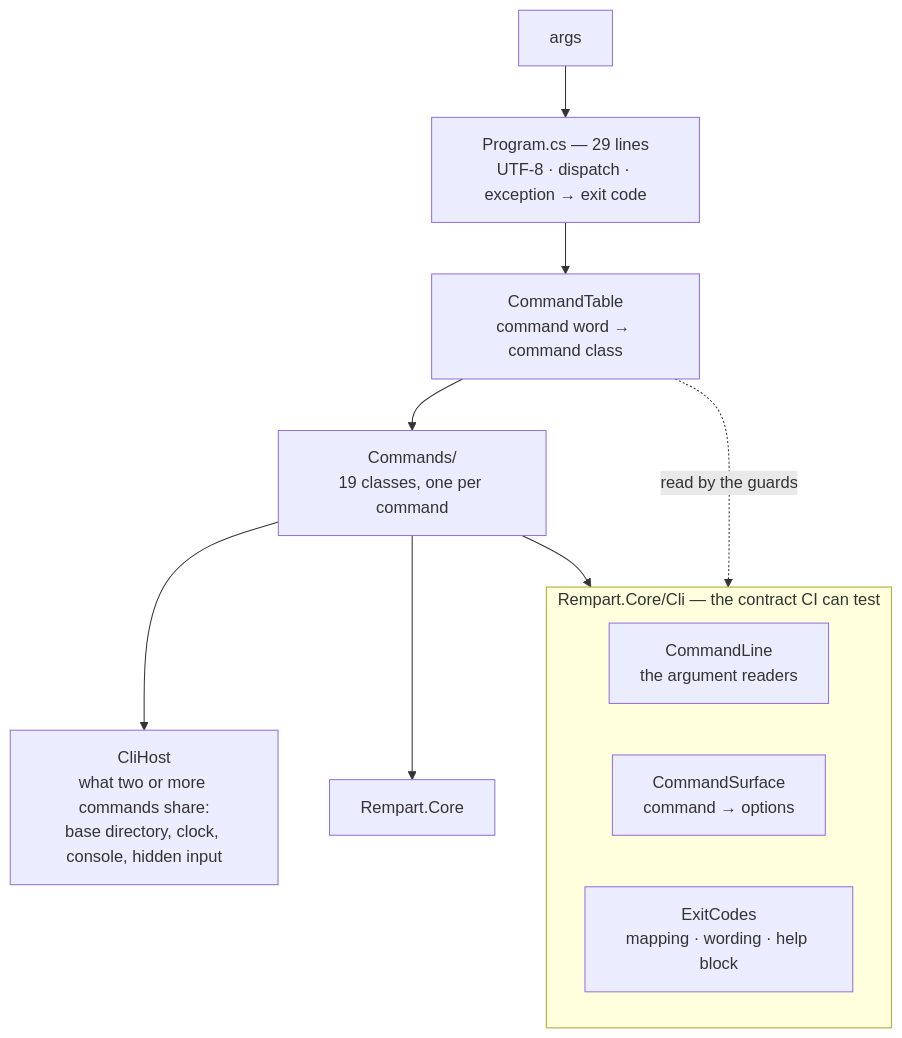
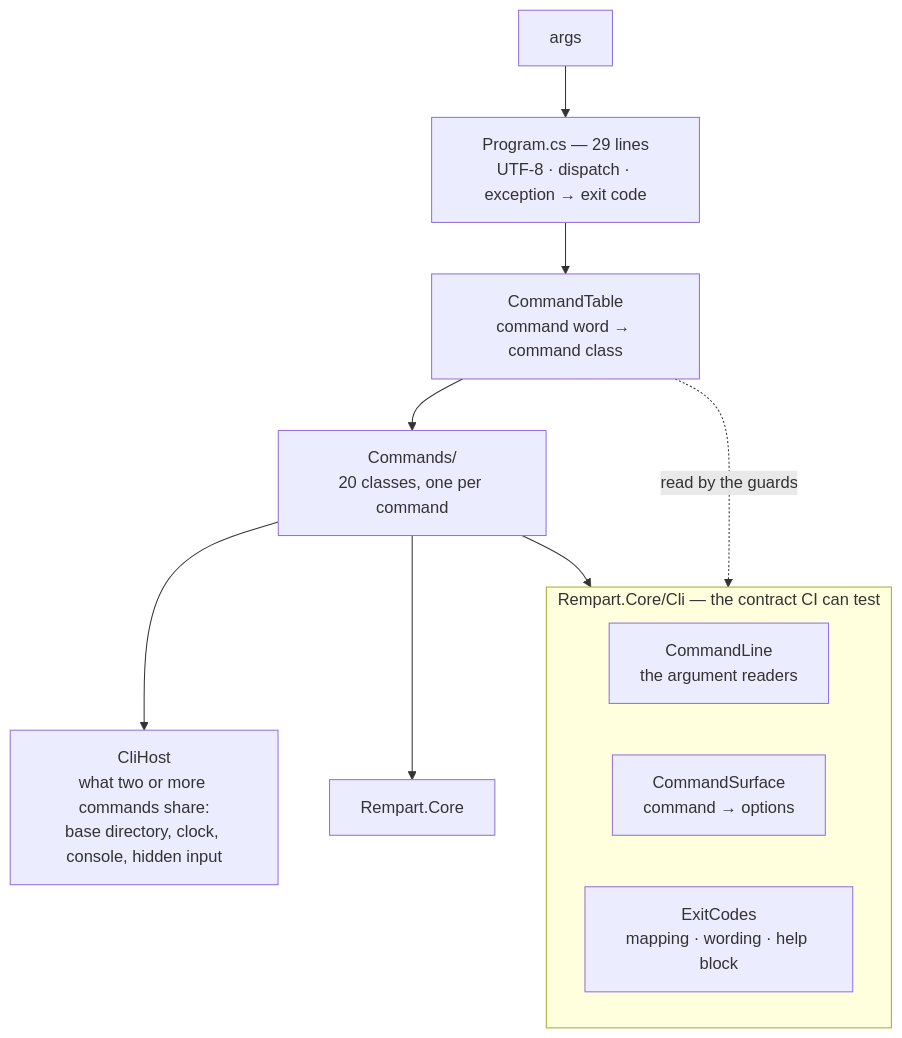
Before and after one commit to naoutix/rempart: the fourth of 4 diagrams in docs/ARCHITECTURE.md, drawn with Mermaid. The commit also changed other lines of this file and 5 other files, not shown here.

````diff
--- a/docs/ARCHITECTURE.md
+++ b/docs/ARCHITECTURE.md
@@ -233,17 +233,17 @@
 ```mermaid
 flowchart TB
     ARGS["args"] --> PROG["Program.cs — 29 lines<br/>UTF-8 · dispatch · exception → exit code"]
     PROG --> TABLE["CommandTable<br/>command word → command class"]
-    TABLE --> CMDS["Commands/<br/>19 classes, one per command"]
+    TABLE --> CMDS["Commands/<br/>20 classes, one per command"]
     CMDS --> HOST["CliHost<br/>what two or more commands share:<br/>base directory, clock, console, hidden input"]
     CMDS --> CORE["Rempart.Core"]
 
     subgraph CONTRACT["Rempart.Core/Cli — the contract CI can test"]
         CL["CommandLine<br/>the argument readers"]
         CS["CommandSurface<br/>command → options"]
         EC["ExitCodes<br/>mapping · wording · help block"]
     end
 
     CMDS --> CONTRACT
     TABLE -. read by the guards .-> CONTRACT
 ```
````
